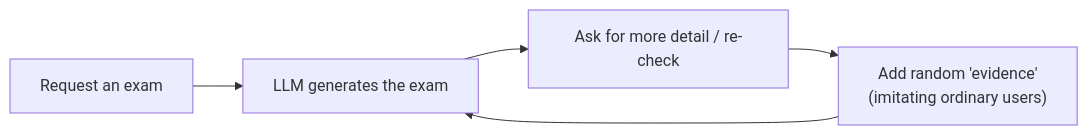
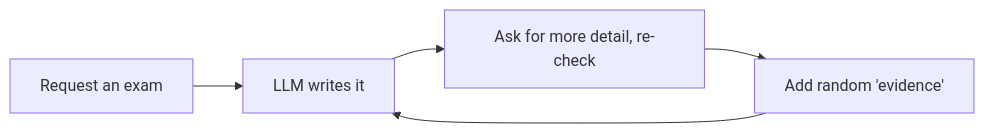
One commit to ndmhuy/ASTRA changed the fourth of 16 diagrams in docs/ct-slide-plan.en.md. Above: the diagram before and after it, drawn with Mermaid. The commit also changed other lines of this file and 1 other file, not shown here.

````diff
--- a/docs/ct-slide-plan.en.md
+++ b/docs/ct-slide-plan.en.md
@@ -253,7 +215,7 @@
 ```mermaid
 flowchart LR
-    U["Request an exam"] --> L["LLM generates the exam"]
-    L --> V["Ask for more detail / re-check"]
-    V --> E["Add random 'evidence'<br/>(imitating ordinary users)"]
+    U["Request an exam"] --> L["LLM writes it"]
+    L --> V["Ask for more detail, re-check"]
+    V --> E["Add random 'evidence'"]
     E --> L
 ```
````
